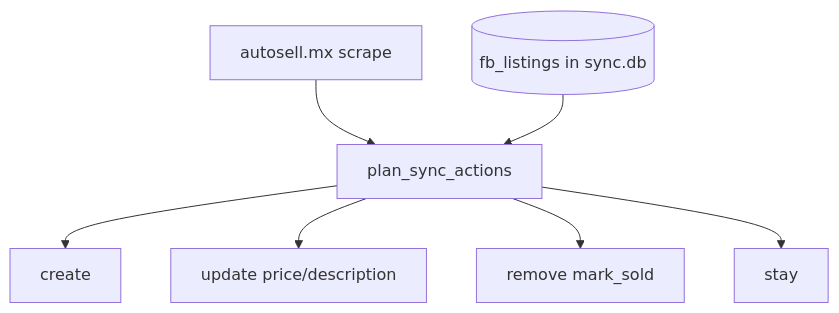
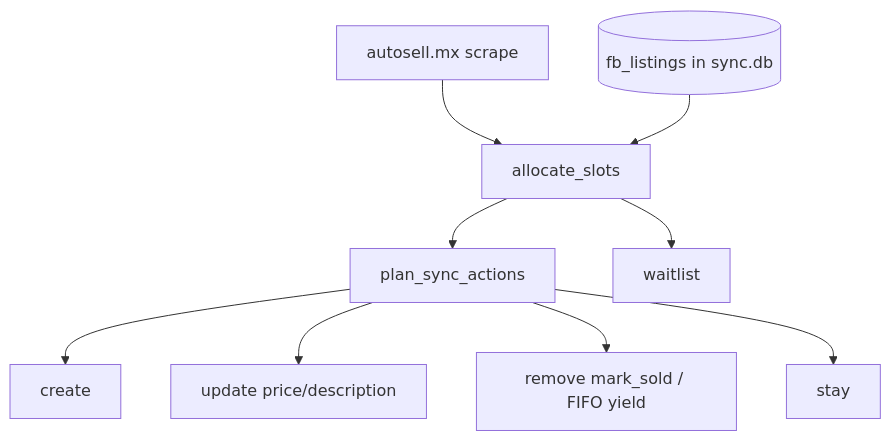
Before and after one commit to mg22mex/auto-upload: the eighth of 12 diagrams in docs/PROJECT_GUIDE.md, drawn with Mermaid. The commit also changed other lines of this file and 10 other files, not shown here.

First line of the commit message:
fix(sync): unlock Marketplace waitlist with FIFO slots and vehicle composer

````diff
--- a/docs/PROJECT_GUIDE.md
+++ b/docs/PROJECT_GUIDE.md
@@ -221,9 +236,11 @@
 ```mermaid
 flowchart TD
-    AS[autosell.mx scrape] --> PLAN[plan_sync_actions]
-    DB[(fb_listings in sync.db)] --> PLAN
+    AS[autosell.mx scrape] --> ALLOC[allocate_slots]
+    DB[(fb_listings in sync.db)] --> ALLOC
+    ALLOC --> PLAN[plan_sync_actions]
     PLAN --> C[create]
     PLAN --> U[update price/description]
-    PLAN --> R[remove mark_sold]
+    PLAN --> R[remove mark_sold / FIFO yield]
     PLAN --> S[stay]
+    ALLOC --> W[waitlist]
 ```
````
